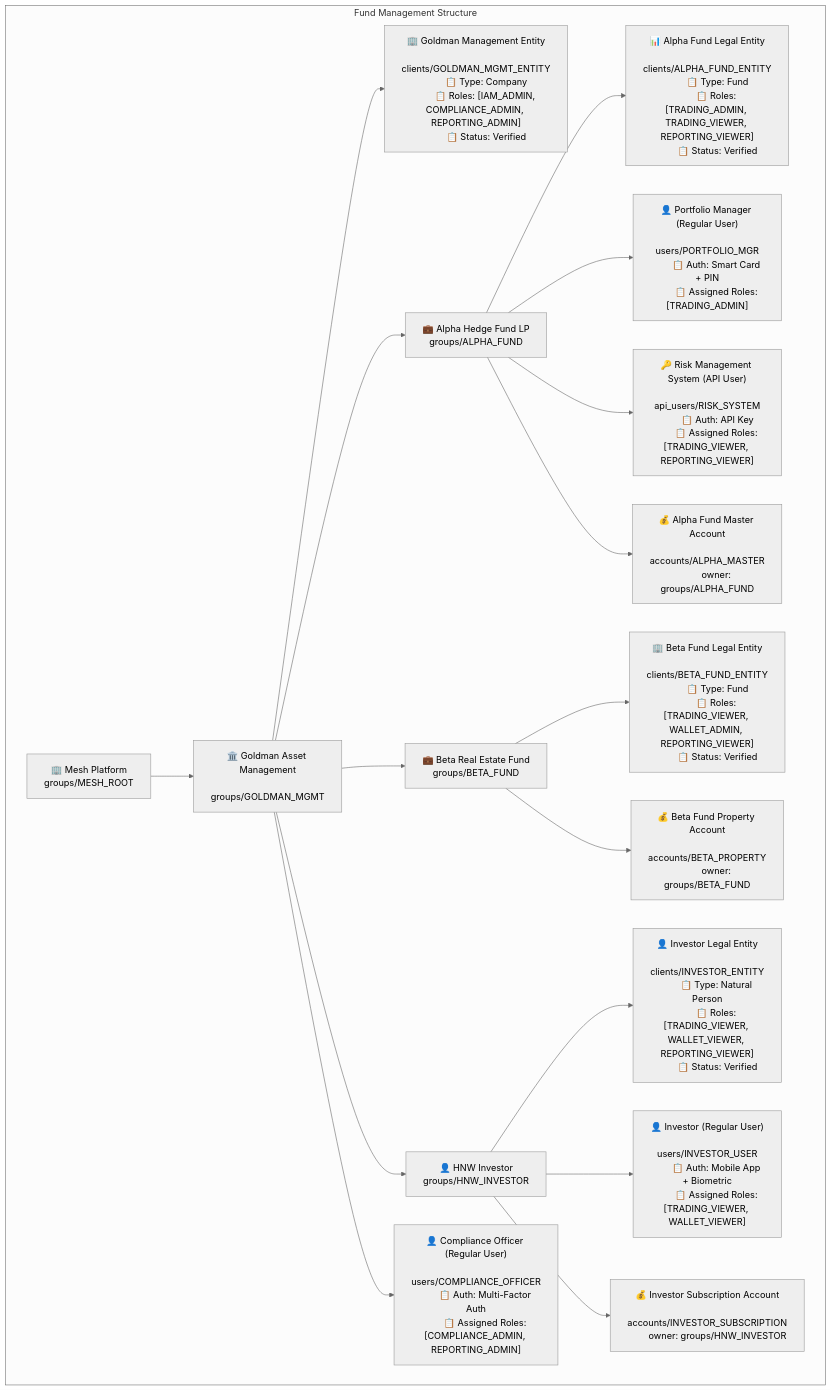
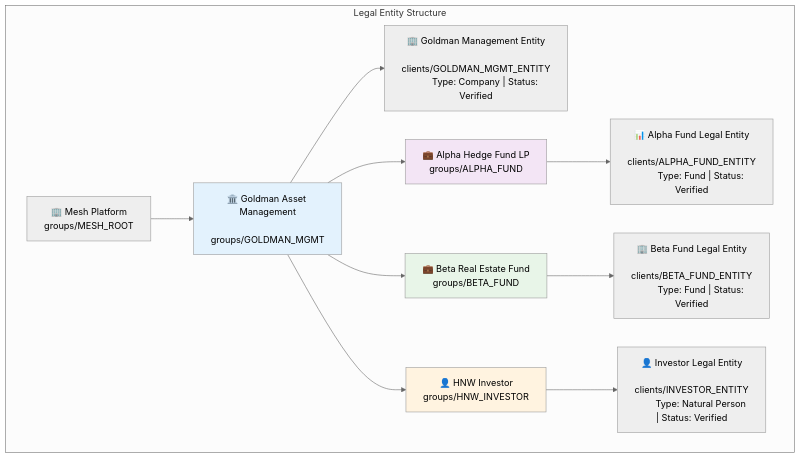
One commit to meshtrade/api changed the fourth of 9 diagrams in docs/docs/architecture/client-structuring.mdx. Above: the diagram before and after it, drawn with Mermaid (neutral theme). The commit also changed other lines of this file, not shown here.

First line of the commit message:
docs: improve client-structuring documentation and diagrams

````diff
--- a/docs/docs/architecture/client-structuring.mdx
+++ b/docs/docs/architecture/client-structuring.mdx
@@ -256,6 +262,6 @@
 ```mermaid
 graph TD
-    subgraph "Fund Management Structure"
+    subgraph "Legal Entity Structure"
         MeshRoot["🏢 Mesh Platform
         groups/MESH_ROOT"]
 
@@ -263,65 +269,25 @@
         groups/GOLDMAN_MGMT"]
         ManagementClient["🏢 Goldman Management Entity
         clients/GOLDMAN_MGMT_ENTITY
-        📋 Type: Company
-        📋 Roles: [IAM_ADMIN, COMPLIANCE_ADMIN, REPORTING_ADMIN]
-        📋 Status: Verified"]
+        Type: Company | Status: Verified"]
 
         AlphaFundGroup["💼 Alpha Hedge Fund LP
         groups/ALPHA_FUND"]
         AlphaFundClient["📊 Alpha Fund Legal Entity
         clients/ALPHA_FUND_ENTITY
-        📋 Type: Fund
-        📋 Roles: [TRADING_ADMIN, TRADING_VIEWER, REPORTING_VIEWER]
-        📋 Status: Verified"]
+        Type: Fund | Status: Verified"]
 
         BetaFundGroup["💼 Beta Real Estate Fund
         groups/BETA_FUND"]
         BetaFundClient["🏢 Beta Fund Legal Entity
         clients/BETA_FUND_ENTITY
-        📋 Type: Fund
-        📋 Roles: [TRADING_VIEWER, WALLET_ADMIN, REPORTING_VIEWER]
-        📋 Status: Verified"]
+        Type: Fund | Status: Verified"]
 
         InvestorGroup["👤 HNW Investor
         groups/HNW_INVESTOR"]
         InvestorClient["👤 Investor Legal Entity
         clients/INVESTOR_ENTITY
-        📋 Type: Natural Person
-        📋 Roles: [TRADING_VIEWER, WALLET_VIEWER, REPORTING_VIEWER]
-        📋 Status: Verified"]
-
-        FundManager["👤 Portfolio Manager (Regular User)
-        users/PORTFOLIO_MGR
-        📋 Auth: Smart Card + PIN
-        📋 Assigned Roles: [TRADING_ADMIN]"]
-
-        RiskSystem["🔑 Risk Management System (API User)
-        api_users/RISK_SYSTEM
-        📋 Auth: API Key
-        📋 Assigned Roles: [TRADING_VIEWER, REPORTING_VIEWER]"]
-
-        ComplianceOfficer["👤 Compliance Officer (Regular User)
-        users/COMPLIANCE_OFFICER
-        📋 Auth: Multi-Factor Auth
-        📋 Assigned Roles: [COMPLIANCE_ADMIN, REPORTING_ADMIN]"]
-
-        InvestorPortal["👤 Investor (Regular User)
-        users/INVESTOR_USER
-        📋 Auth: Mobile App + Biometric
-        📋 Assigned Roles: [TRADING_VIEWER, WALLET_VIEWER]"]
-
-        AlphaAccount["💰 Alpha Fund Master Account
-        accounts/ALPHA_MASTER
-        owner: groups/ALPHA_FUND"]
-
-        BetaAccount["💰 Beta Fund Property Account
-        accounts/BETA_PROPERTY
-        owner: groups/BETA_FUND"]
-
-        InvestorAccount["💰 Investor Subscription Account
-        accounts/INVESTOR_SUBSCRIPTION
-        owner: groups/HNW_INVESTOR"]
+        Type: Natural Person | Status: Verified"]
 
         MeshRoot --> ManagementGroup
         ManagementGroup --> ManagementClient
@@ -333,13 +299,9 @@
         BetaFundGroup --> BetaFundClient
         InvestorGroup --> InvestorClient
 
-        ManagementGroup --> ComplianceOfficer
-        AlphaFundGroup --> FundManager
-        AlphaFundGroup --> RiskSystem
-        InvestorGroup --> InvestorPortal
-
-        AlphaFundGroup --> AlphaAccount
-        BetaFundGroup --> BetaAccount
-        InvestorGroup --> InvestorAccount
+        style ManagementGroup fill:#e3f2fd
+        style AlphaFundGroup fill:#f3e5f5
+        style BetaFundGroup fill:#e8f5e8
+        style InvestorGroup fill:#fff3e0
     end
 ```
````
